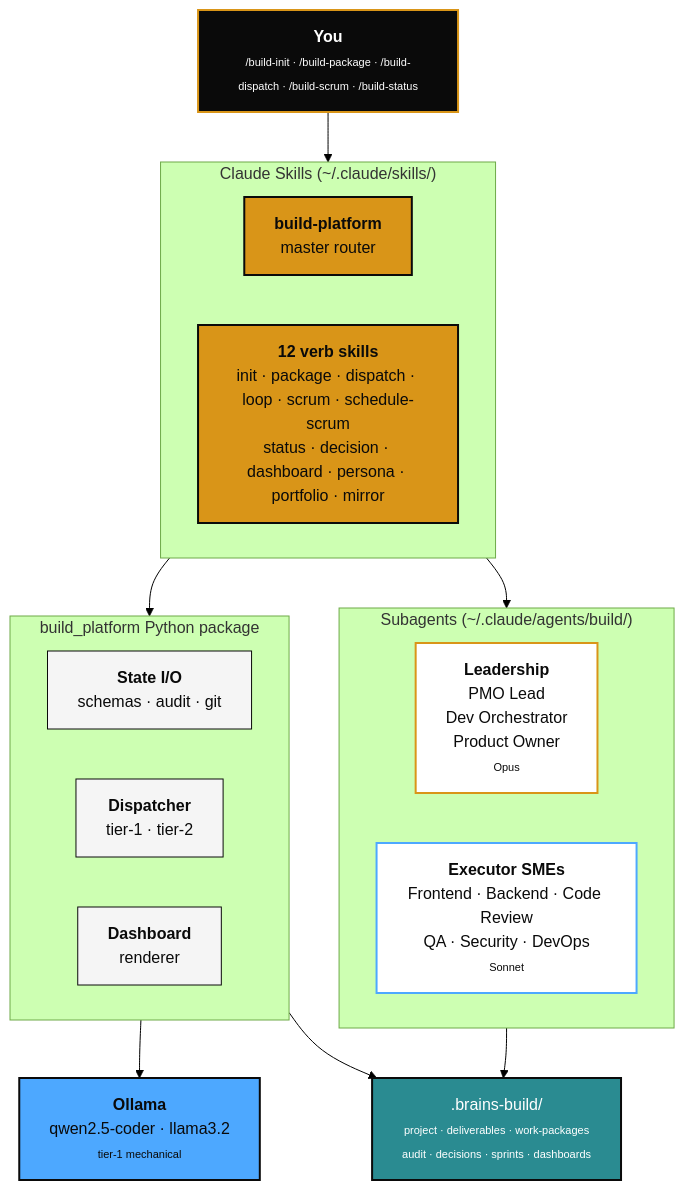
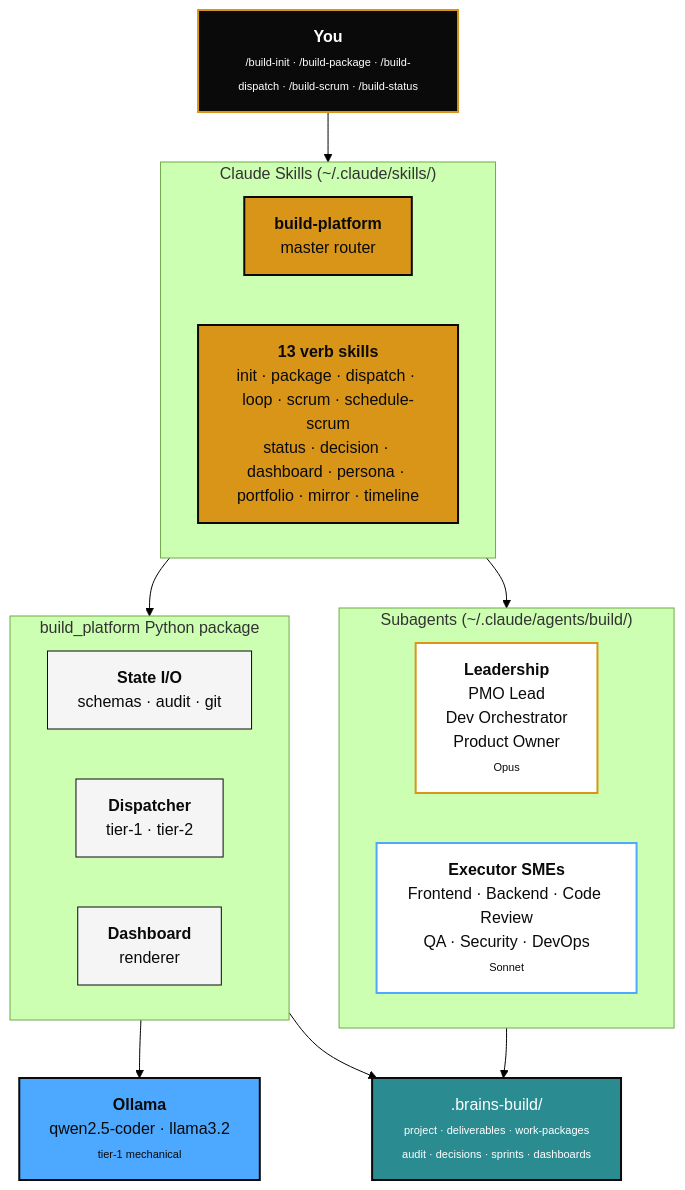
Before and after one commit to shard-BRAINS/BRAINS-build-platform: the diagram in README.md, drawn with Mermaid (forest theme). The commit also changed other lines of this file and 37 other files, not shown here.

````diff
--- a/README.md
+++ b/README.md
@@ -42,41 +47,41 @@
 ```mermaid
 flowchart TD
     U["<b>You</b><br/><span style='font-size:11px'>/build-init · /build-package · /build-dispatch · /build-scrum · /build-status</span>"]:::user
 
     subgraph SKILLS["Claude Skills (~/.claude/skills/)"]
       direction LR
       MS["<b>build-platform</b><br/>master router"]:::skill
-      VS["<b>12 verb skills</b><br/>init · package · dispatch · loop · scrum · schedule-scrum<br/>status · decision · dashboard · persona · portfolio · mirror"]:::skill
+      VS["<b>13 verb skills</b><br/>init · package · dispatch · loop · scrum · schedule-scrum<br/>status · decision · dashboard · persona · portfolio · mirror · timeline"]:::skill
     end
 
     subgraph AGENTS["Subagents (~/.claude/agents/build/)"]
       direction LR
       LEAD["<b>Leadership</b><br/>PMO Lead<br/>Dev Orchestrator<br/>Product Owner<br/><span style='font-size:11px'>Opus</span>"]:::lead
       SME["<b>Executor SMEs</b><br/>Frontend · Backend · Code Review<br/>QA · Security · DevOps<br/><span style='font-size:11px'>Sonnet</span>"]:::sme
     end
 
     subgraph PKG["build_platform Python package"]
       direction LR
       STATE["<b>State I/O</b><br/>schemas · audit · git"]:::pkg
       DISP["<b>Dispatcher</b><br/>tier-1 · tier-2"]:::pkg
       DASH["<b>Dashboard</b><br/>renderer"]:::pkg
     end
 
     OLLAMA["<b>Ollama</b><br/>qwen2.5-coder · llama3.2<br/><span style='font-size:11px'>tier-1 mechanical</span>"]:::ollama
     FS[".brains-build/<br/><span style='font-size:11px'>project · deliverables · work-packages<br/>audit · decisions · sprints · dashboards</span>"]:::state
 
     U --> SKILLS
     SKILLS --> PKG
     SKILLS --> AGENTS
     PKG --> OLLAMA
     PKG --> FS
     AGENTS --> FS
 
     classDef user fill:#0A0A0A,stroke:#D99518,stroke-width:2px,color:#FFFFFF
     classDef skill fill:#D99518,stroke:#0A0A0A,stroke-width:2px,color:#0A0A0A
     classDef lead fill:#FFFFFF,stroke:#D99518,stroke-width:2px,color:#0A0A0A
     classDef sme fill:#FFFFFF,stroke:#4DA8FF,stroke-width:2px,color:#0A0A0A
     classDef pkg fill:#F5F5F5,stroke:#0A0A0A,stroke-width:1px,color:#0A0A0A
     classDef ollama fill:#4DA8FF,stroke:#0A0A0A,stroke-width:2px,color:#0A0A0A
     classDef state fill:#2A8B91,stroke:#0A0A0A,stroke-width:2px,color:#FFFFFF
 ```
````
